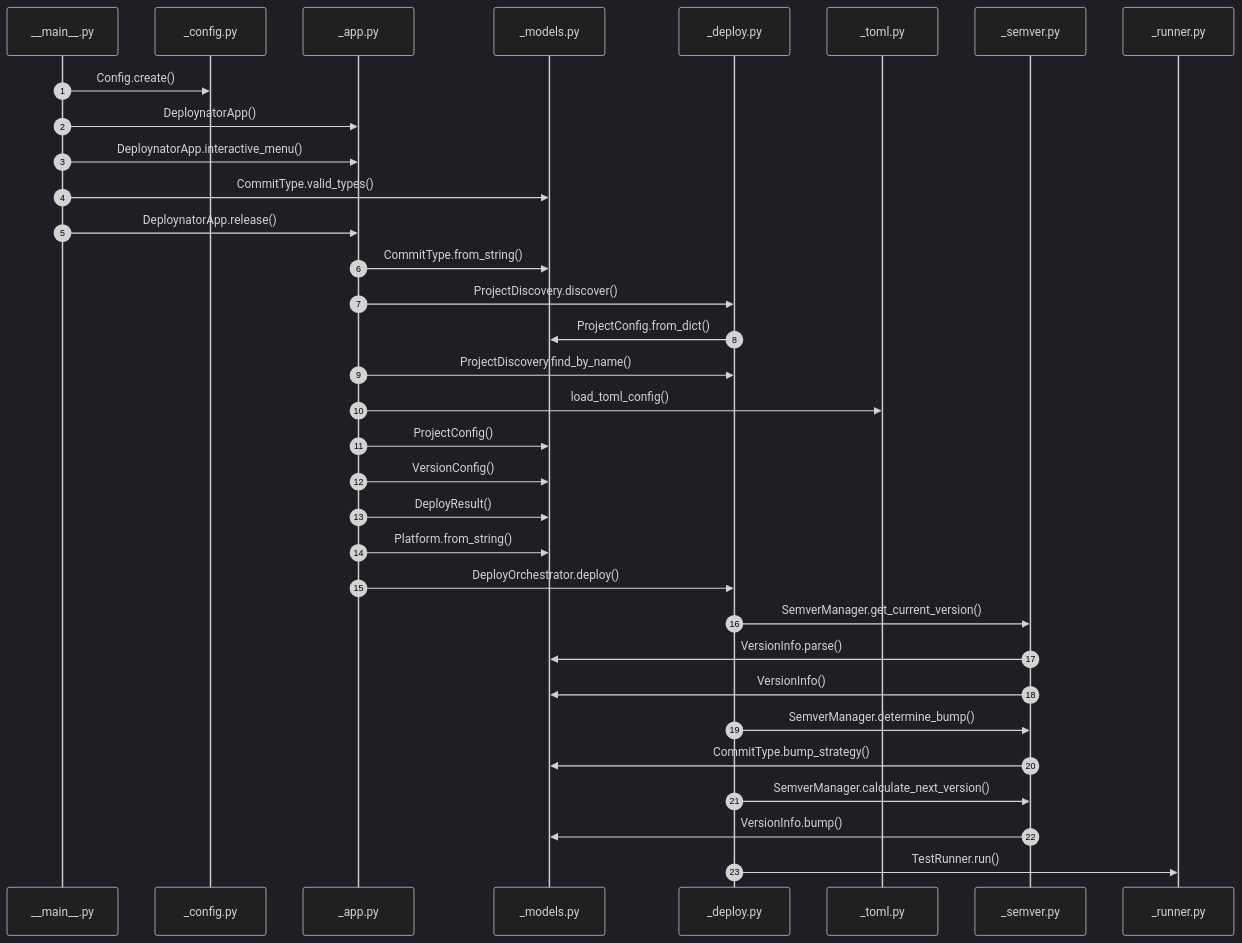
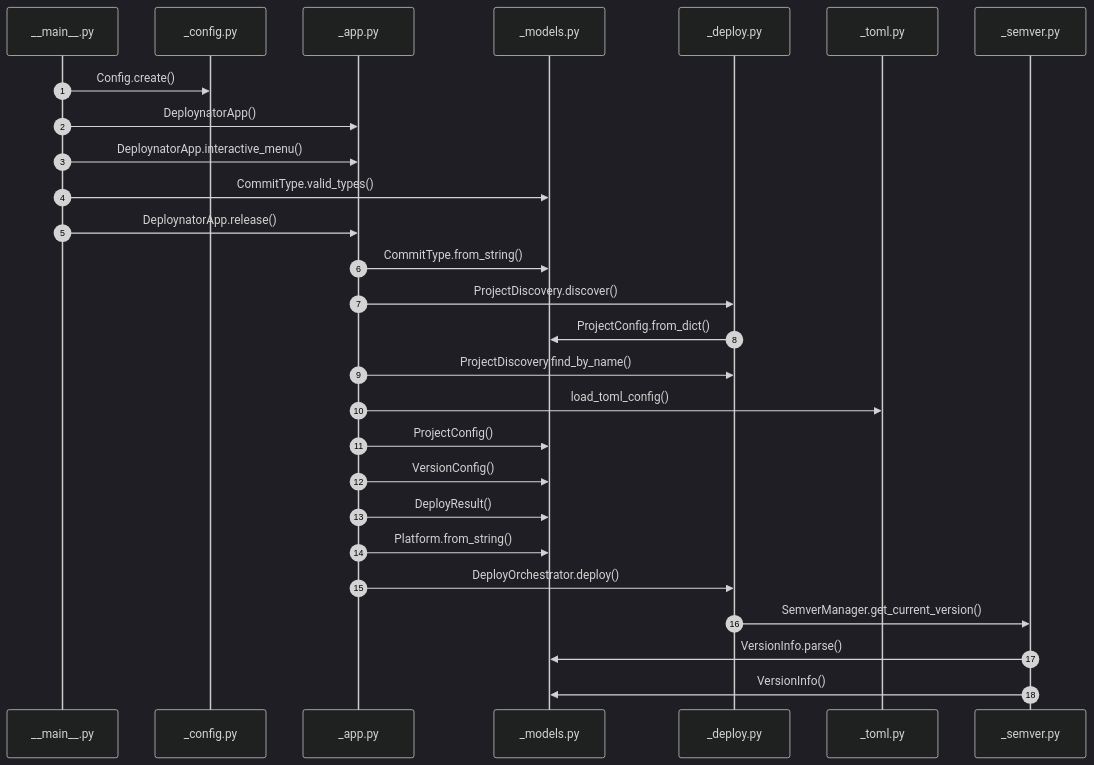
One commit to grisuno/deploynator changed the seventh of 9 diagrams in readmenator-apidocs/architecture.md. Above: the diagram before and after it, drawn with Mermaid (dark theme). The commit also changed other lines of this file and 82 other files, not shown here.

````diff
--- a/readmenator-apidocs/architecture.md
+++ b/readmenator-apidocs/architecture.md
@@ -407,35 +399,29 @@
 ```mermaid
 sequenceDiagram
     autonumber
     participant p_deploynator___main___py as __main__.py
     participant p_deploynator__config_py as _config.py
     participant p_deploynator__app_py as _app.py
     participant p_deploynator__models_py as _models.py
     participant p_deploynator__deploy_py as _deploy.py
     participant p_deploynator__toml_py as _toml.py
     participant p_deploynator__semver_py as _semver.py
-    participant p_deploynator__runner_py as _runner.py
     p_deploynator___main___py->>p_deploynator__config_py: Config.create()
     p_deploynator___main___py->>p_deploynator__app_py: DeploynatorApp()
     p_deploynator___main___py->>p_deploynator__app_py: DeploynatorApp.interactive_menu()
     p_deploynator___main___py->>p_deploynator__models_py: CommitType.valid_types()
     p_deploynator___main___py->>p_deploynator__app_py: DeploynatorApp.release()
     p_deploynator__app_py->>p_deploynator__models_py: CommitType.from_string()
     p_deploynator__app_py->>p_deploynator__deploy_py: ProjectDiscovery.discover()
     p_deploynator__deploy_py->>p_deploynator__models_py: ProjectConfig.from_dict()
     p_deploynator__app_py->>p_deploynator__deploy_py: ProjectDiscovery.find_by_name()
     p_deploynator__app_py->>p_deploynator__toml_py: load_toml_config()
     p_deploynator__app_py->>p_deploynator__models_py: ProjectConfig()
     p_deploynator__app_py->>p_deploynator__models_py: VersionConfig()
     p_deploynator__app_py->>p_deploynator__models_py: DeployResult()
     p_deploynator__app_py->>p_deploynator__models_py: Platform.from_string()
     p_deploynator__app_py->>p_deploynator__deploy_py: DeployOrchestrator.deploy()
     p_deploynator__deploy_py->>p_deploynator__semver_py: SemverManager.get_current_version()
     p_deploynator__semver_py->>p_deploynator__models_py: VersionInfo.parse()
     p_deploynator__semver_py->>p_deploynator__models_py: VersionInfo()
-    p_deploynator__deploy_py->>p_deploynator__semver_py: SemverManager.determine_bump()
-    p_deploynator__semver_py->>p_deploynator__models_py: CommitType.bump_strategy()
-    p_deploynator__deploy_py->>p_deploynator__semver_py: SemverManager.calculate_next_version()
-    p_deploynator__semver_py->>p_deploynator__models_py: VersionInfo.bump()
-    p_deploynator__deploy_py->>p_deploynator__runner_py: TestRunner.run()
 ```
````
